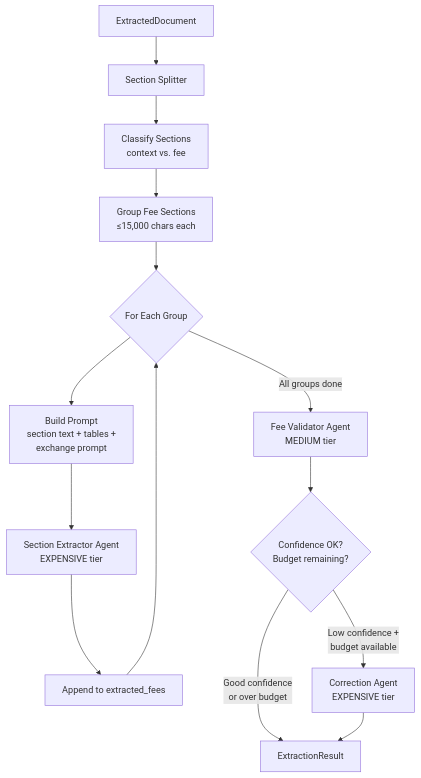
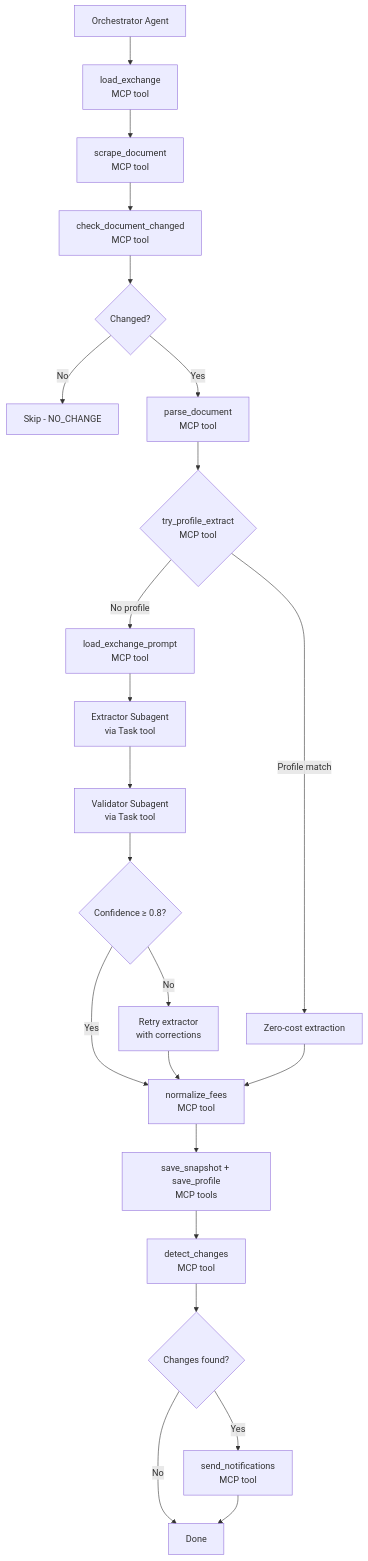
The fourth of 7 diagrams in docs/wiki/Pipeline-Deep-Dive.md (seoyds/exnot), drawn with Mermaid before and after one commit. The commit also changed other lines of this file and 11 other files, not shown here.

````diff
--- a/docs/wiki/Pipeline-Deep-Dive.md
+++ b/docs/wiki/Pipeline-Deep-Dive.md
@@ -174,16 +170,25 @@
 ```mermaid
 graph TD
-    A[ExtractedDocument] --> B[Section Splitter]
-    B --> C[Classify Sections<br/>context vs. fee]
-    C --> D[Group Fee Sections<br/>≤15,000 chars each]
-    D --> E{For Each Group}
-    E --> F[Build Prompt<br/>section text + tables +<br/>exchange prompt]
-    F --> G[Section Extractor Agent<br/>EXPENSIVE tier]
-    G --> H[Append to extracted_fees]
-    H --> E
-    E -->|All groups done| I[Fee Validator Agent<br/>MEDIUM tier]
-    I --> J{Confidence OK?<br/>Budget remaining?}
-    J -->|Low confidence +<br/>budget available| K[Correction Agent<br/>EXPENSIVE tier]
-    J -->|Good confidence<br/>or over budget| L[ExtractionResult]
-    K --> L
+    A[Orchestrator Agent] --> B[load_exchange<br/>MCP tool]
+    B --> C[scrape_document<br/>MCP tool]
+    C --> D[check_document_changed<br/>MCP tool]
+    D --> E{Changed?}
+    E -->|No| F[Skip - NO_CHANGE]
+    E -->|Yes| G[parse_document<br/>MCP tool]
+    G --> H{try_profile_extract<br/>MCP tool}
+    H -->|Profile match| I[Zero-cost extraction]
+    H -->|No profile| J[load_exchange_prompt<br/>MCP tool]
+    J --> K[Extractor Subagent<br/>via Task tool]
+    K --> L[Validator Subagent<br/>via Task tool]
+    L --> M{Confidence ≥ 0.8?}
+    M -->|No| N[Retry extractor<br/>with corrections]
+    M -->|Yes| O[normalize_fees<br/>MCP tool]
+    N --> O
+    I --> O
+    O --> P[save_snapshot + save_profile<br/>MCP tools]
+    P --> Q[detect_changes<br/>MCP tool]
+    Q --> R{Changes found?}
+    R -->|Yes| S[send_notifications<br/>MCP tool]
+    R -->|No| T[Done]
+    S --> T
 ```
````
